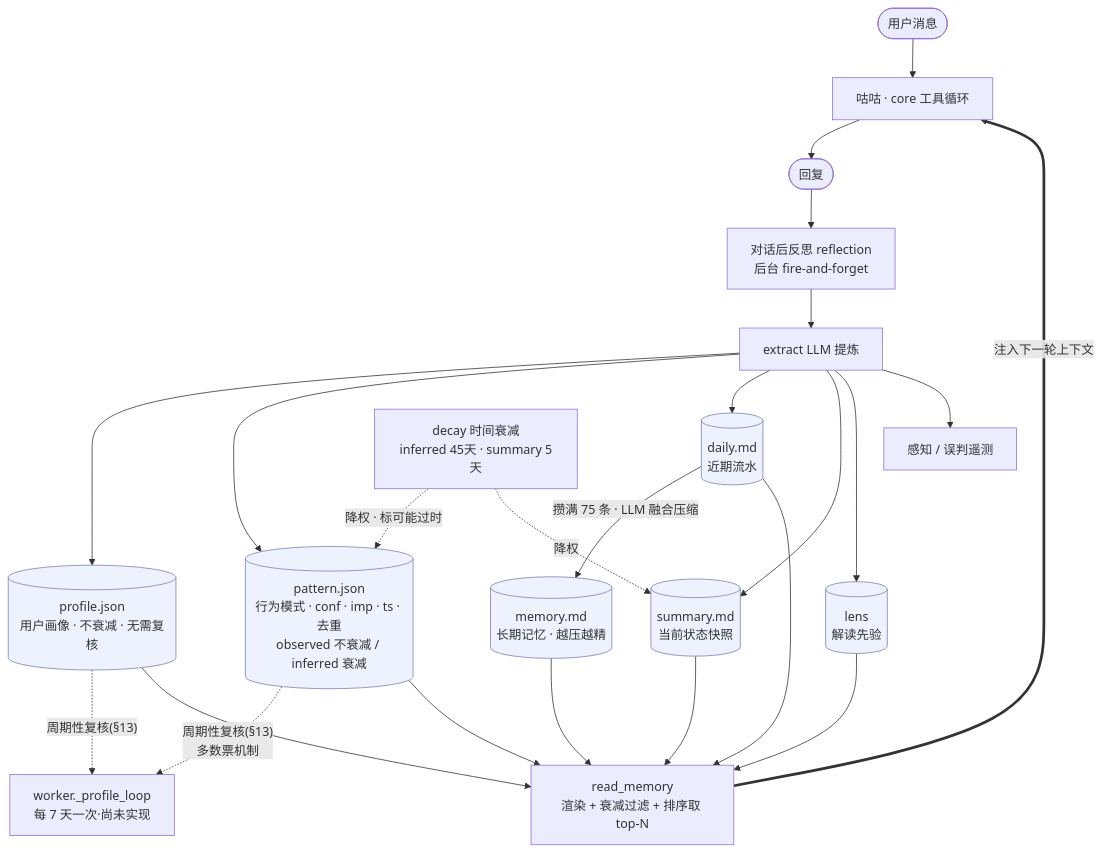
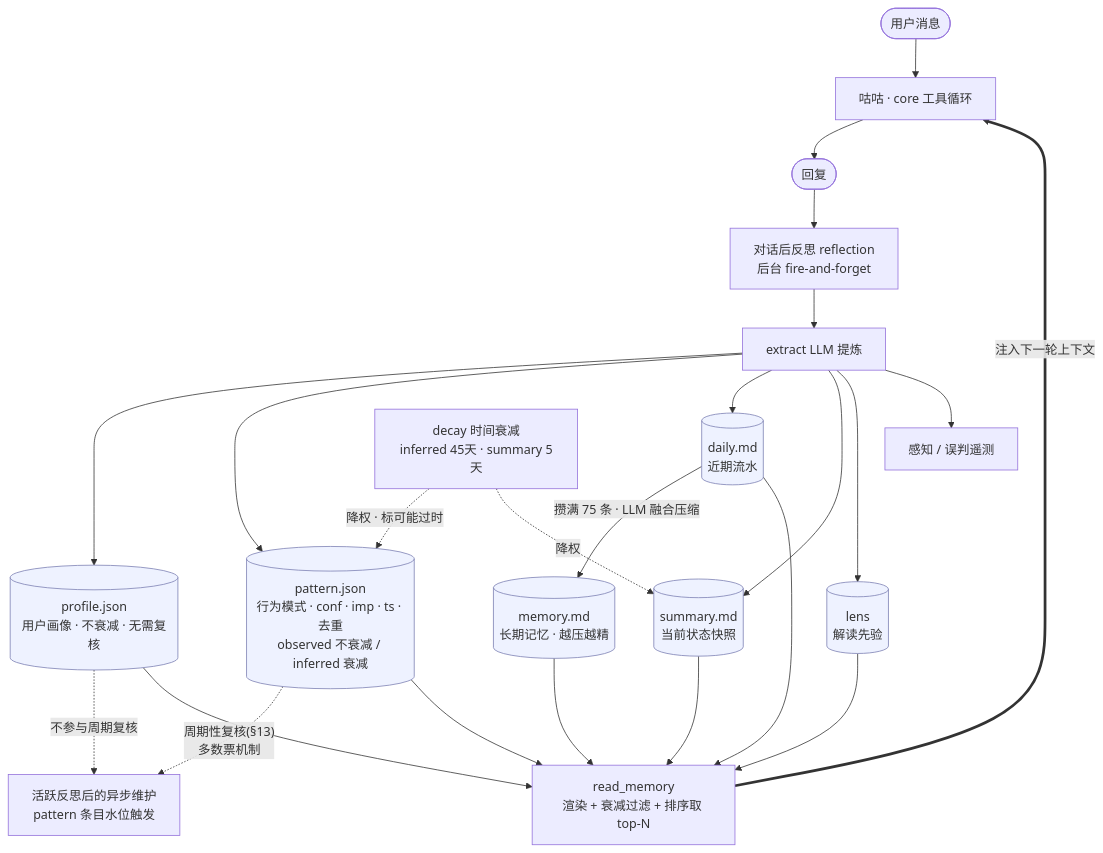
Before and after one commit to Coffeiz/Gugu-web: the first of 2 diagrams in docs/agent/11-记忆系统.md, drawn with Mermaid. The commit also changed other lines of this file and 4 other files, not shown here.

````diff
--- a/docs/agent/11-记忆系统.md
+++ b/docs/agent/11-记忆系统.md
@@ -26,31 +26,31 @@
 ```mermaid
 flowchart TB
     U([用户消息]) --> BRAIN[咕咕 · core 工具循环]
     BRAIN --> REPLY([回复])
     READ[read_memory<br/>渲染 + 衰减过滤 + 排序取 top-N] == 注入下一轮上下文 ==> BRAIN
 
     REPLY --> REF[对话后反思 reflection<br/>后台 fire-and-forget]
     REF --> EX[extract LLM 提炼]
     EX --> PROFILE[(profile.json<br/>用户画像 · 不衰减 · 无需复核)]
     EX --> PATTERN[(pattern.json<br/>行为模式 · conf · imp · ts · 去重<br/>observed 不衰减 / inferred 衰减)]
     EX --> DAILY[(daily.md<br/>近期流水)]
     EX --> SUM[(summary.md<br/>当前状态快照)]
     EX --> LENS[(lens<br/>解读先验)]
     EX --> PERC[感知 / 误判遥测]
 
     DAILY -- 攒满 75 条 · LLM 融合压缩 --> MEM[(memory.md<br/>长期记忆 · 越压越精)]
-    PROFILE -. 周期性复核(§13) .-> PERIODIC[worker._profile_loop<br/>每 7 天一次·尚未实现]
+    PROFILE -. 不参与周期复核 .-> PERIODIC[活跃反思后的异步维护<br/>pattern 条目水位触发]
     PATTERN -. 周期性复核(§13)<br/>多数票机制 .-> PERIODIC
     DECAY[decay 时间衰减<br/>inferred 45天 · summary 5天] -. 降权 · 标可能过时 .-> PATTERN
     DECAY -. 降权 .-> SUM
 
     PROFILE --> READ
     PATTERN --> READ
     MEM --> READ
     DAILY --> READ
     SUM --> READ
     LENS --> READ
 
     classDef store fill:#eef2ff,stroke:#7b7fb2,color:#333;
     class PROFILE,PATTERN,DAILY,MEM,SUM,LENS store;
 ```
````
